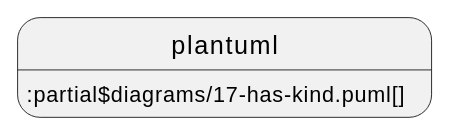
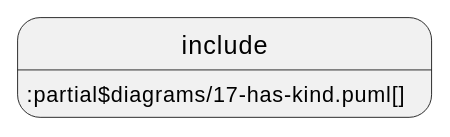
Before and after one commit to acplt/aas-specs: the fourth of 9 diagrams in documentation/IDTA-01001/modules/ROOT/pages/spec-metamodel/common.adoc, drawn with PlantUML. The commit also changed other lines of this file and 14 other files, not shown here.

First line of the commit message:
Revert "Use plantuml instead of include and test ./"

```diff
--- a/documentation/IDTA-01001/modules/ROOT/pages/spec-metamodel/common.adoc
+++ b/documentation/IDTA-01001/modules/ROOT/pages/spec-metamodel/common.adoc
@@ -246,4 +246,4 @@
 [plantuml, 17-has-kind, svg]
 ....
-plantuml::partial$diagrams/17-has-kind.puml[]
+include::partial$diagrams/17-has-kind.puml[]
 ....
```
